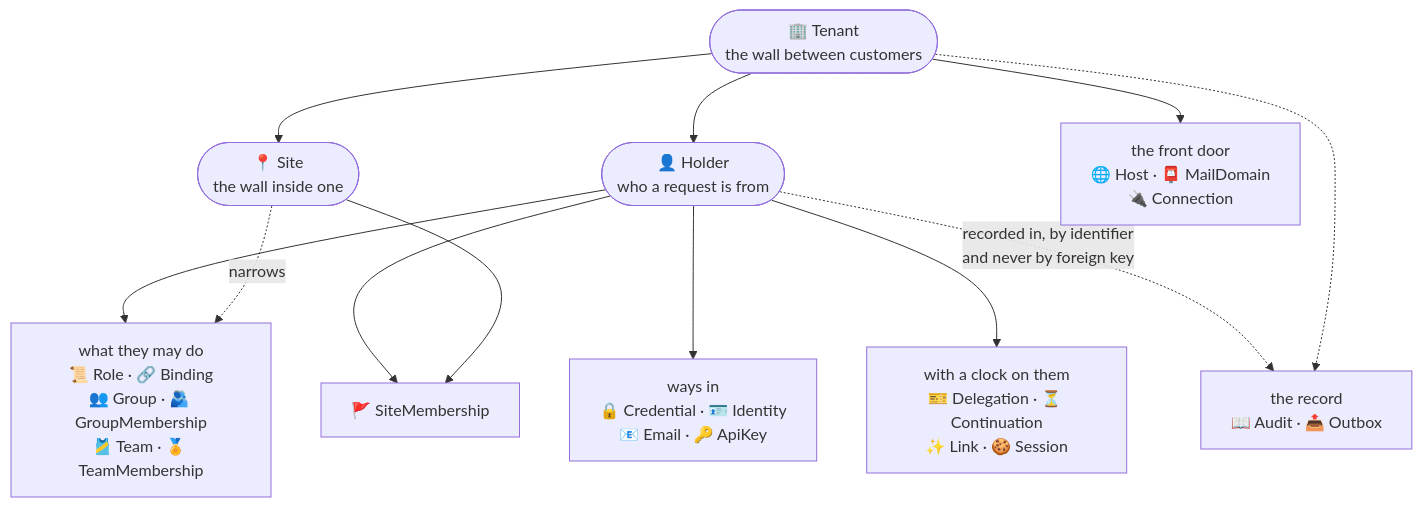
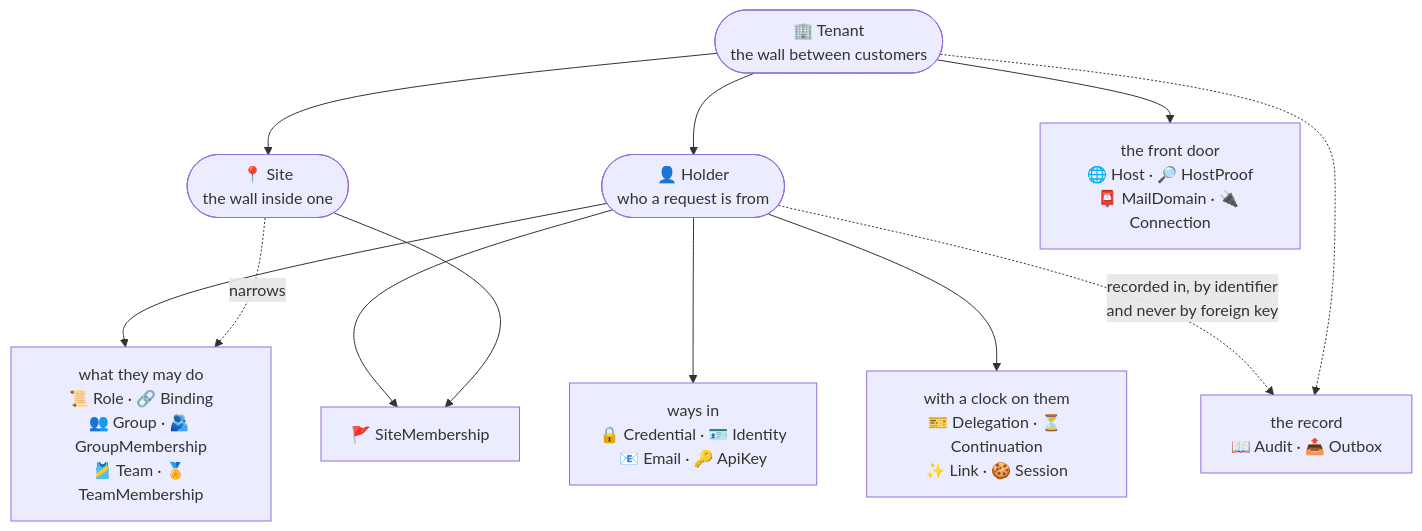
The first of 7 diagrams in docs/entity.md (lesomnus/roster), drawn with Mermaid before and after one commit. The commit also changed other lines of this file and 57 other files, not shown here.

````diff
--- a/docs/entity.md
+++ b/docs/entity.md
@@ -37,26 +37,26 @@
 ```mermaid
 flowchart TB
   T(["🏢 Tenant<br/>the wall between customers"])
   S(["📍 Site<br/>the wall inside one"])
   H(["👤 Holder<br/>who a request is from"])
 
   T --> S
   T --> H
 
   W["ways in<br/>🔒 Credential · 🪪 Identity<br/>📧 Email · 🔑 ApiKey"]
   B["with a clock on them<br/>🎫 Delegation · ⏳ Continuation<br/>✨ Link · 🍪 Session"]
   M["what they may do<br/>📜 Role · 🔗 Binding<br/>👥 Group · 🫂 GroupMembership<br/>🎽 Team · 🏅 TeamMembership"]
-  F["the front door<br/>🌐 Host · 📮 MailDomain<br/>🔌 Connection"]
+  F["the front door<br/>🌐 Host · 🔎 HostProof<br/>📮 MailDomain · 🔌 Connection"]
   R["the record<br/>📖 Audit · 📤 Outbox"]
   SM["🚩 SiteMembership"]
 
   H --> W
   H --> B
   H --> M
   S -.->|narrows| M
   H --> SM
   S --> SM
   T --> F
   H -. "recorded in, by identifier<br/>and never by foreign key" .-> R
   T -.-> R
 ```
````
